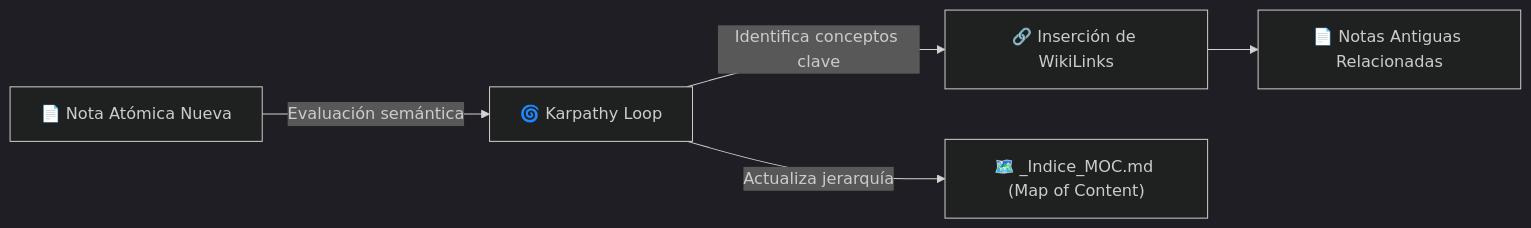
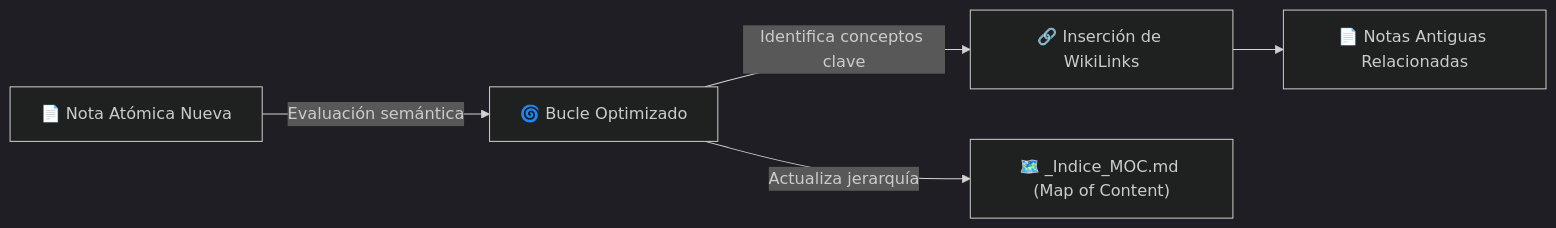
The third of 3 diagrams in infografia_funes.md (emiliosevilla/fuente), drawn with Mermaid (dark theme) before and after one commit. The commit also changed other lines of this file and 10 other files, not shown here.

````diff
--- a/infografia_funes.md
+++ b/infografia_funes.md
@@ -81,7 +81,7 @@
 ```mermaid
 flowchart LR
-    N1["📄 Nota Atómica Nueva"] -->|Evaluación semántica| KG["🌀 Karpathy Loop"]
+    N1["📄 Nota Atómica Nueva"] -->|Evaluación semántica| KG["🌀 Bucle Optimizado"]
     KG -->|Identifica conceptos clave| WL["🔗 Inserción de WikiLinks"]
     KG -->|Actualiza jerarquía| MOC["🗺️ _Indice_MOC.md (Map of Content)"]
     WL --> N2["📄 Notas Antiguas Relacionadas"]
 ```
````
